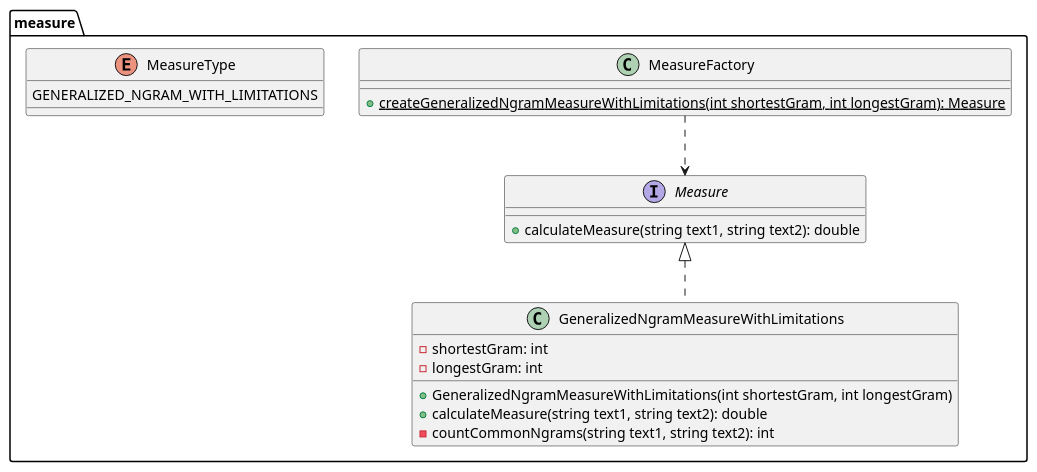
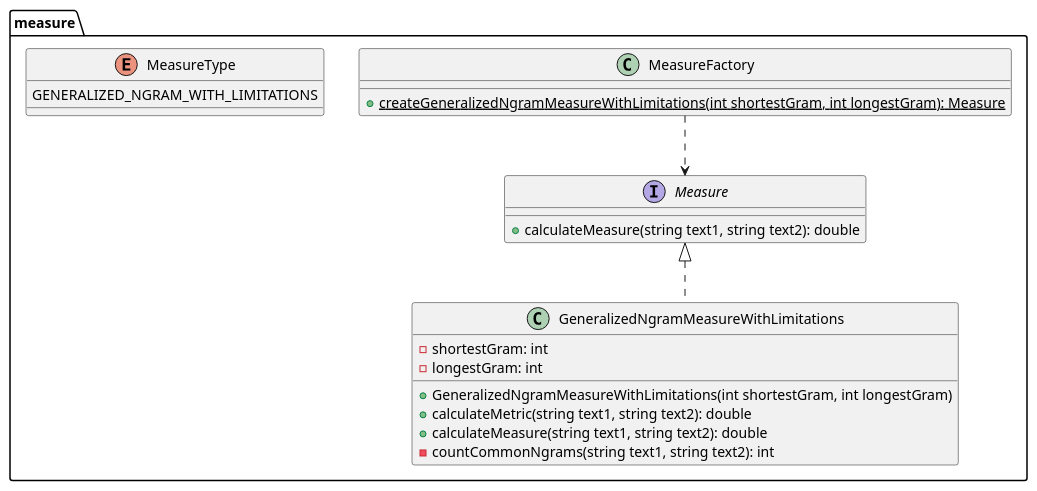
One commit to kambed/Computer-Recognition-Systems changed the sixth of 10 diagrams in README.md. Above: the diagram before and after it, drawn with PlantUML. The commit also changed 6 other files, not shown here.

````diff
--- a/README.md
+++ b/README.md
@@ -285,21 +285,22 @@
 ```plantuml
 package measure {
     interface Measure {
         + calculateMeasure(string text1, string text2): double
     }
     class GeneralizedNgramMeasureWithLimitations implements Measure {
         - shortestGram: int
         - longestGram: int
         + GeneralizedNgramMeasureWithLimitations(int shortestGram, int longestGram)
+        + calculateMetric(string text1, string text2): double
         + calculateMeasure(string text1, string text2): double
         - countCommonNgrams(string text1, string text2): int
     }
     class MeasureFactory {
         + {static} createGeneralizedNgramMeasureWithLimitations(int shortestGram, int longestGram): Measure
     }
     MeasureFactory ..> Measure
     enum MeasureType {
         GENERALIZED_NGRAM_WITH_LIMITATIONS
     }
 }
 ```
````
